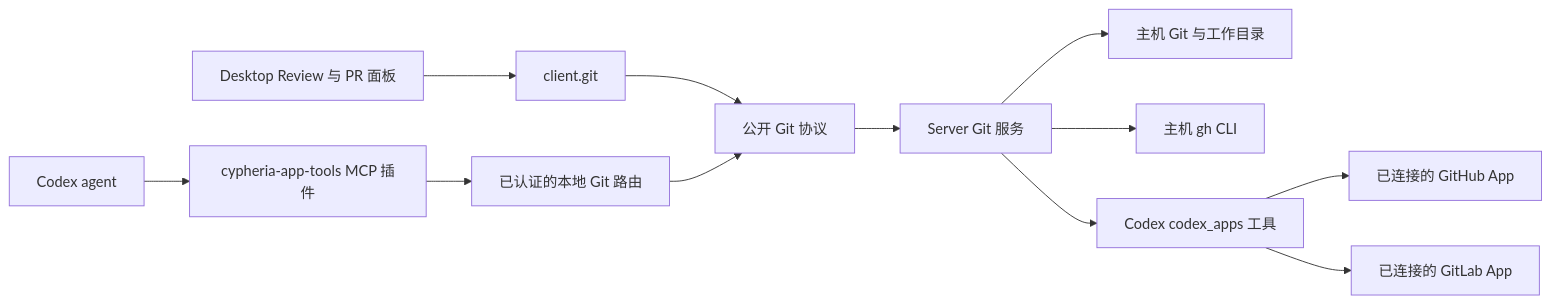
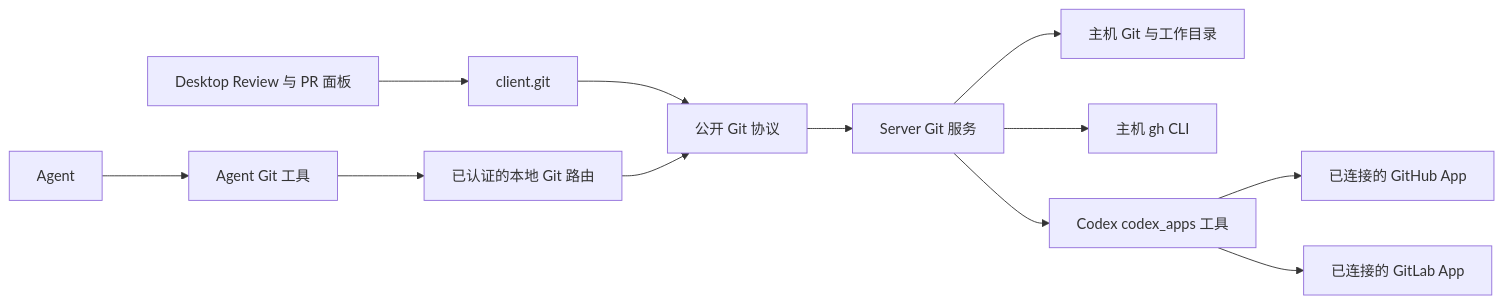
One commit to cypheriaweb3/cypheria changed the diagram in docs/git.zh-CN.md. Above: the diagram before and after it, drawn with Mermaid. The commit also changed other lines of this file and 36 other files, not shown here.

````diff
--- a/docs/git.zh-CN.md
+++ b/docs/git.zh-CN.md
@@ -11,14 +11,14 @@
 ```mermaid
 flowchart LR
   Desktop[Desktop Review 与 PR 面板] --> Client[client.git]
-  Agent[Codex agent] --> Plugin[cypheria-app-tools MCP 插件]
-  Plugin --> Route[已认证的本地 Git 路由]
+  Agent[Agent] --> Tools[Agent Git 工具]
+  Tools --> Route[已认证的本地 Git 路由]
   Client --> Protocol[公开 Git 协议]
   Route --> Protocol
   Protocol --> Server[Server Git 服务]
   Server --> Git[主机 Git 与工作目录]
   Server --> Gh[主机 gh CLI]
   Server --> Apps[Codex codex_apps 工具]
   Apps --> GitHub[已连接的 GitHub App]
   Apps --> GitLab[已连接的 GitLab App]
 ```
````
